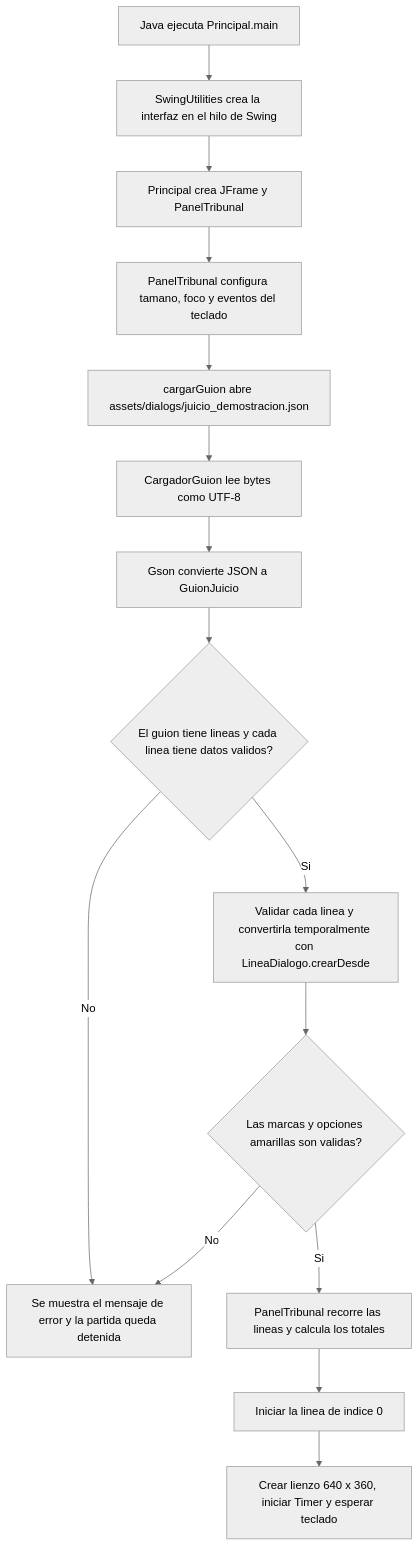
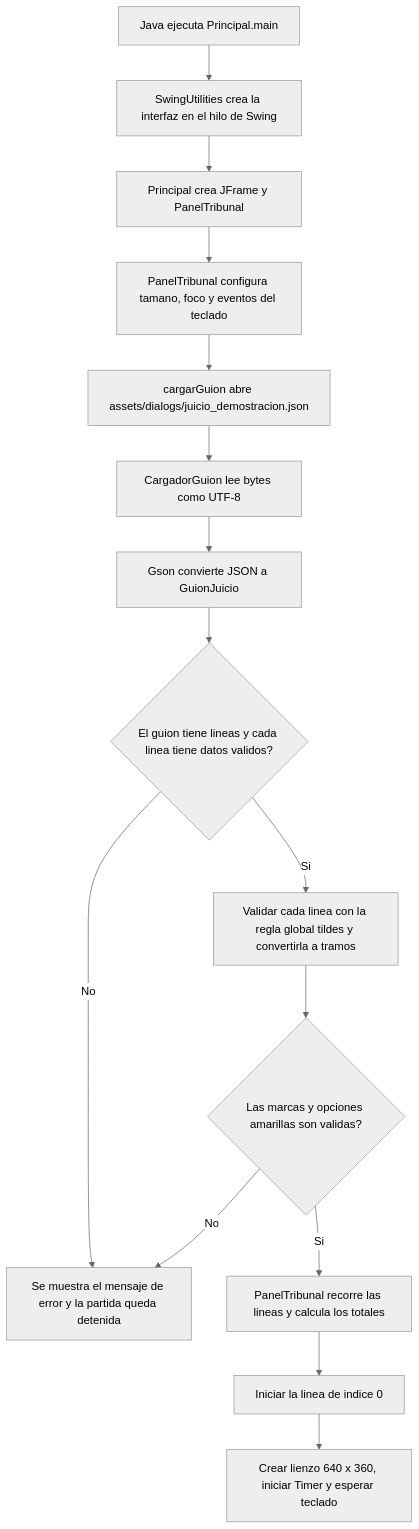
The first of 6 diagrams in DIAGRAMA_DE_FLUJO.md (tahiosdev/thanks_typing), drawn with Mermaid (neutral theme) before and after one commit. The commit also changed other lines of this file and 7 other files, not shown here.

````diff
--- a/DIAGRAMA_DE_FLUJO.md
+++ b/DIAGRAMA_DE_FLUJO.md
@@ -7,17 +7,17 @@
 ```mermaid
 flowchart TD
     A[Java ejecuta Principal.main] --> B[SwingUtilities crea la interfaz en el hilo de Swing]
     B --> C[Principal crea JFrame y PanelTribunal]
     C --> D[PanelTribunal configura tamano, foco y eventos del teclado]
     D --> E[cargarGuion abre assets/dialogs/juicio_demostracion.json]
     E --> F[CargadorGuion lee bytes como UTF-8]
     F --> G[Gson convierte JSON a GuionJuicio]
     G --> H{El guion tiene lineas y cada linea tiene datos validos?}
     H -- No --> I[Se muestra el mensaje de error y la partida queda detenida]
-    H -- Si --> J[Validar cada linea y convertirla temporalmente con LineaDialogo.crearDesde]
+    H -- Si --> J[Validar cada linea con la regla global tildes y convertirla a tramos]
     J --> K{Las marcas y opciones amarillas son validas?}
     K -- No --> I
     K -- Si --> L[PanelTribunal recorre las lineas y calcula los totales]
     L --> M[Iniciar la linea de indice 0]
     M --> N[Crear lienzo 640 x 360, iniciar Timer y esperar teclado]
 ```
````
